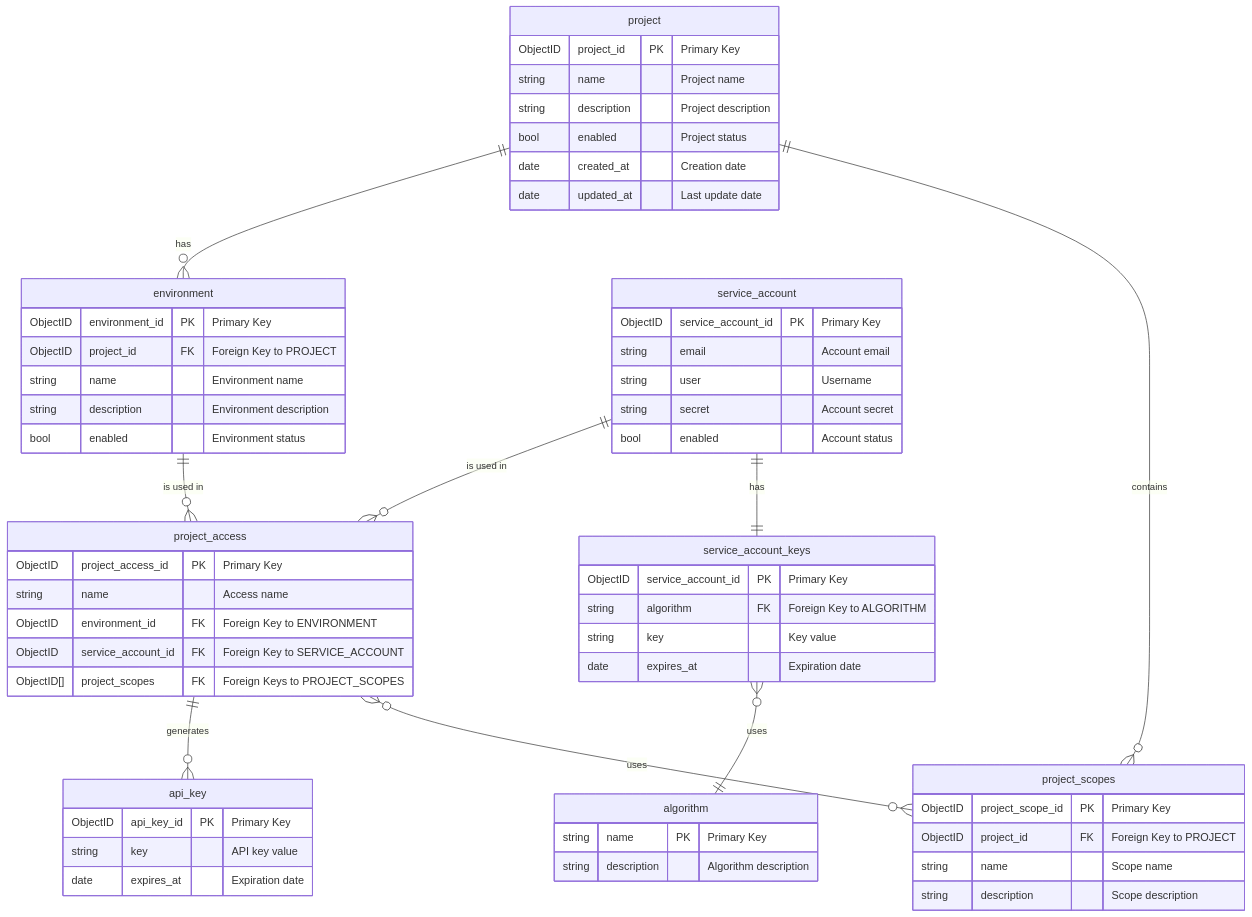
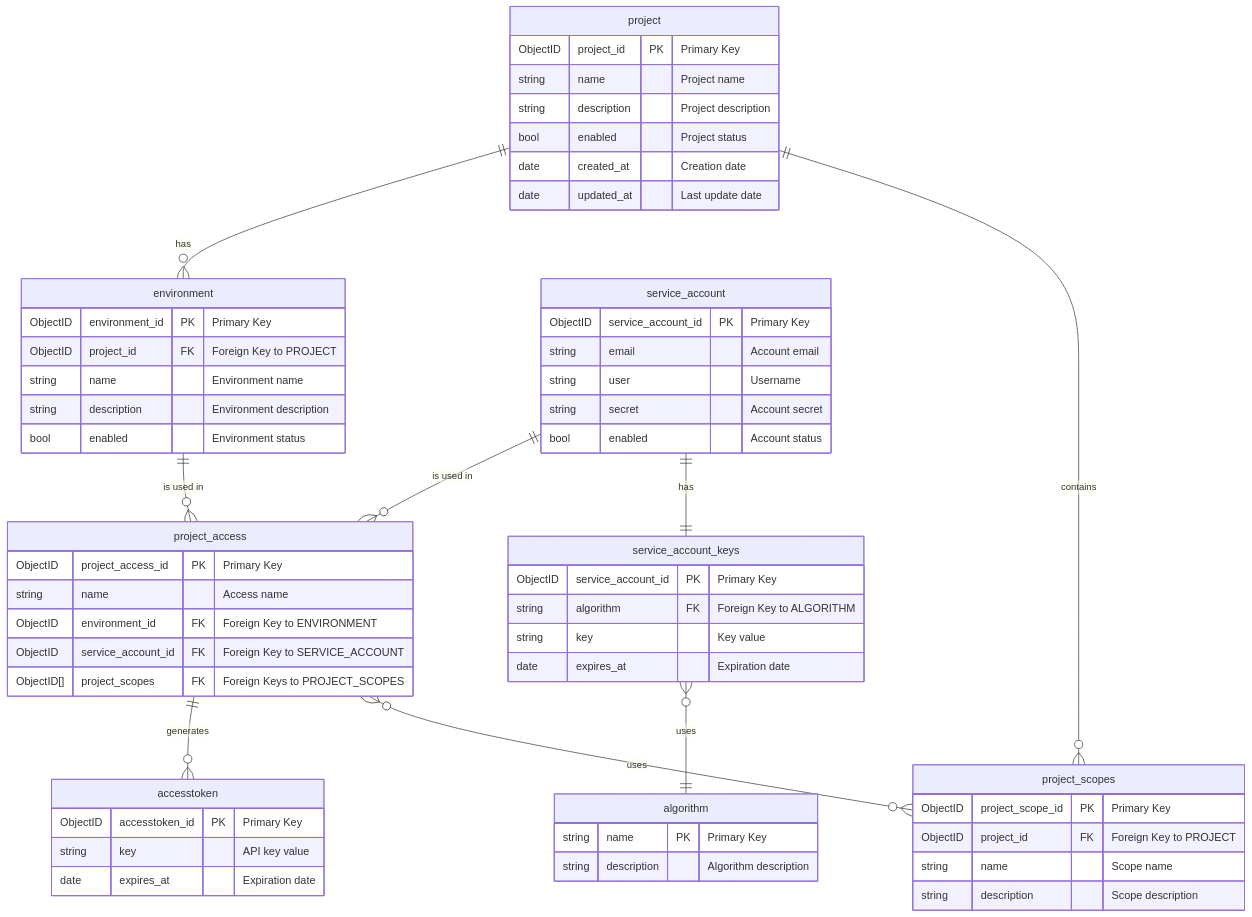
The diagram in docs/erd/erd.mmd (refactorartist/buraq), drawn with Mermaid before and after one commit.

Commit message:
refactor: Rename api_key to accesstoken in ERD diagram
This commit updates the entity-relationship diagram (ERD) to replace the `api_key` entity with `accesstoken`, reflecting changes in the data model. The primary key field is also renamed accordingly, ensuring consistency in the documentation.

```diff
--- a/docs/erd/erd.mmd
+++ b/docs/erd/erd.mmd
@@ -1,67 +1,67 @@
 erDiagram
     algorithm {
         string name PK "Primary Key"
         string description "Algorithm description"
     }
 
-    api_key {
-        ObjectID api_key_id PK "Primary Key"
+    accesstoken {
+        ObjectID accesstoken_id PK "Primary Key"
         string key "API key value"
         date expires_at "Expiration date"
     }
 
     environment {
         ObjectID environment_id PK "Primary Key"
         ObjectID project_id FK "Foreign Key to PROJECT"
         string name "Environment name"
         string description "Environment description"
         bool enabled "Environment status"
     }
 
     project {
         ObjectID project_id PK "Primary Key"
         string name "Project name"
         string description "Project description"
         bool enabled "Project status"
         date created_at "Creation date"
         date updated_at "Last update date"
     }
 
     project_access {
         ObjectID project_access_id PK "Primary Key"
         string name "Access name"
         ObjectID environment_id FK "Foreign Key to ENVIRONMENT"
         ObjectID service_account_id FK "Foreign Key to SERVICE_ACCOUNT"
         ObjectID[] project_scopes FK "Foreign Keys to PROJECT_SCOPES"
     }
 
     project_scopes {
         ObjectID project_scope_id PK "Primary Key"
         ObjectID project_id FK "Foreign Key to PROJECT"
         string name "Scope name"
         string description "Scope description"
     }
 
     service_account {
         ObjectID service_account_id PK "Primary Key"
         string email "Account email"
         string user "Username"
         string secret "Account secret"
         bool enabled "Account status"
     }
 
     service_account_keys {
         ObjectID service_account_id PK "Primary Key"
         string algorithm FK "Foreign Key to ALGORITHM"
         string key "Key value"
         date expires_at "Expiration date"
     }
 
     project ||--o{ environment : "has"
     project ||--o{ project_scopes : "contains"
     service_account ||--o{ project_access : "is used in"
     service_account ||--|| service_account_keys : "has"
     environment ||--o{ project_access : "is used in"
-    project_access ||--o{ api_key : "generates"
+    project_access ||--o{ accesstoken : "generates"
     project_access }o--o{ project_scopes : "uses"
     service_account_keys }o--|| algorithm : "uses"
```
